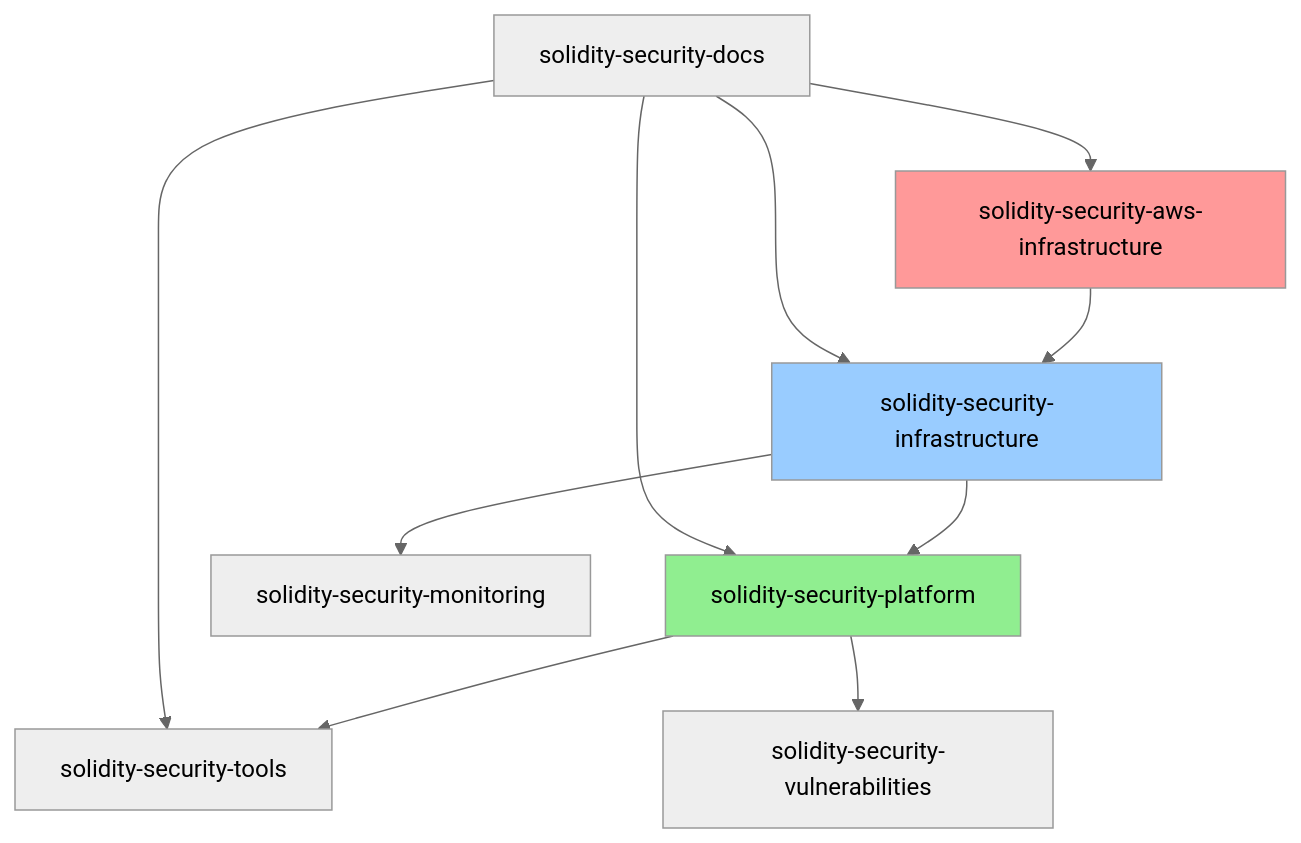
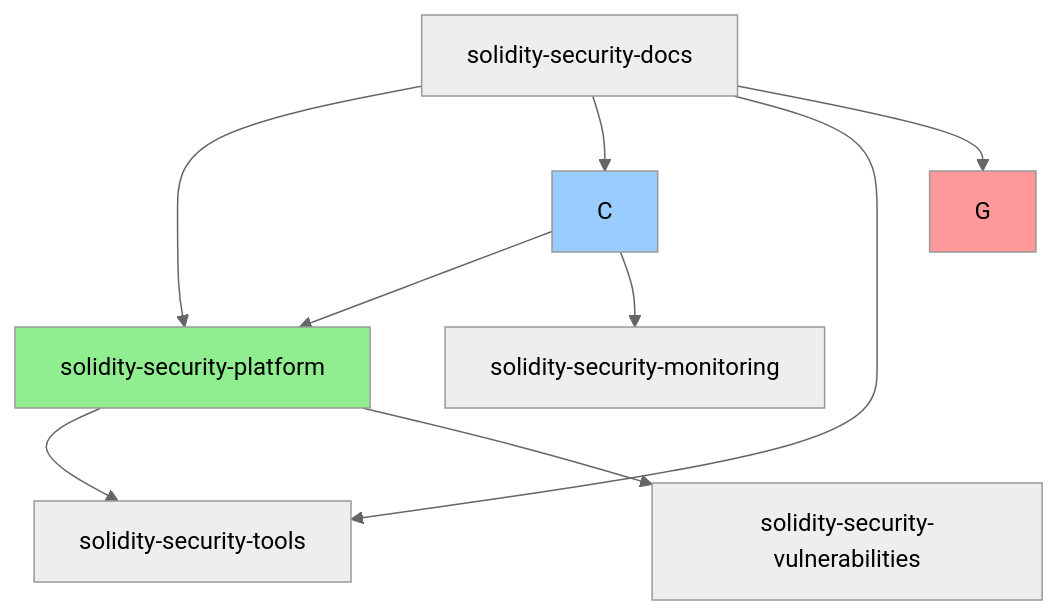
Before and after one commit to AdvancedBlockchainSecurity/docs: the diagram in repos.md, drawn with Mermaid (neutral theme).

````diff
--- a/repos.md
+++ b/repos.md
@@ -618,16 +618,15 @@
 ```mermaid
 graph TB
     A[solidity-security-platform] --> B[solidity-security-tools]
     A --> F[solidity-security-vulnerabilities]
-    G[solidity-security-aws-infrastructure] --> C[solidity-security-infrastructure]
     C --> A
     C --> D[solidity-security-monitoring]
     E[solidity-security-docs] --> A
     E --> C
     E --> B
     E --> G
     
     style G fill:#ff9999
     style C fill:#99ccff
     style A fill:#90EE90
 ```
````
